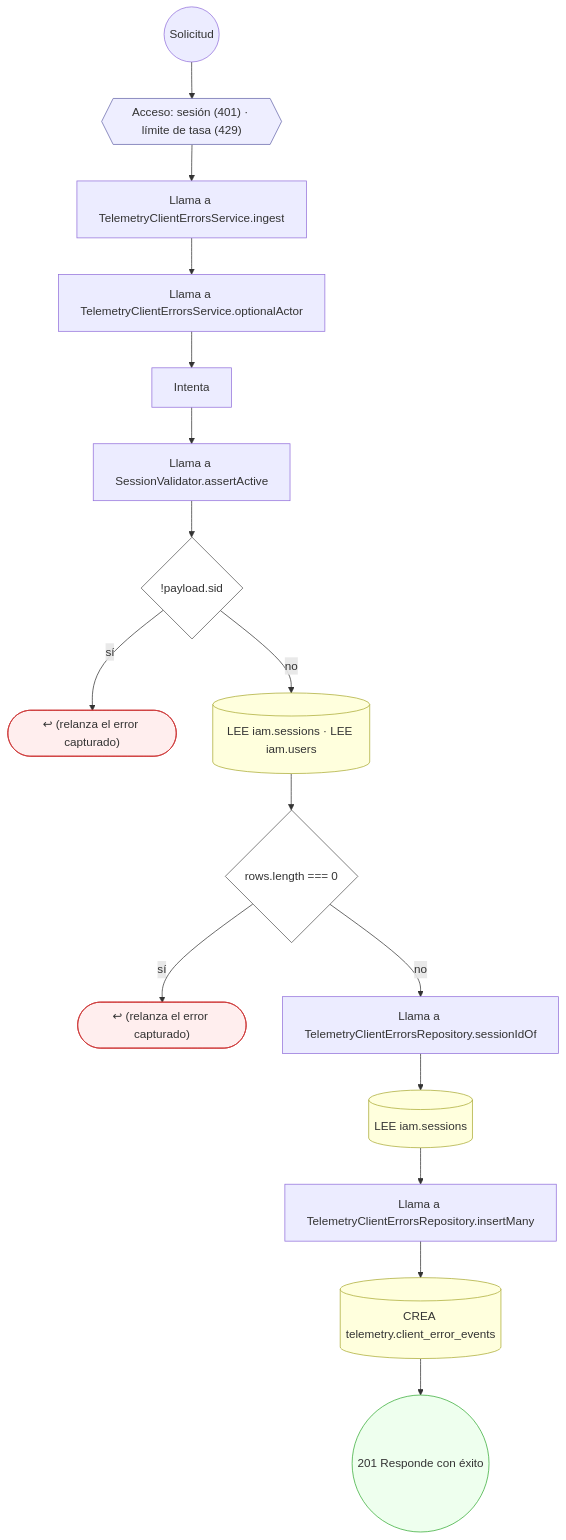
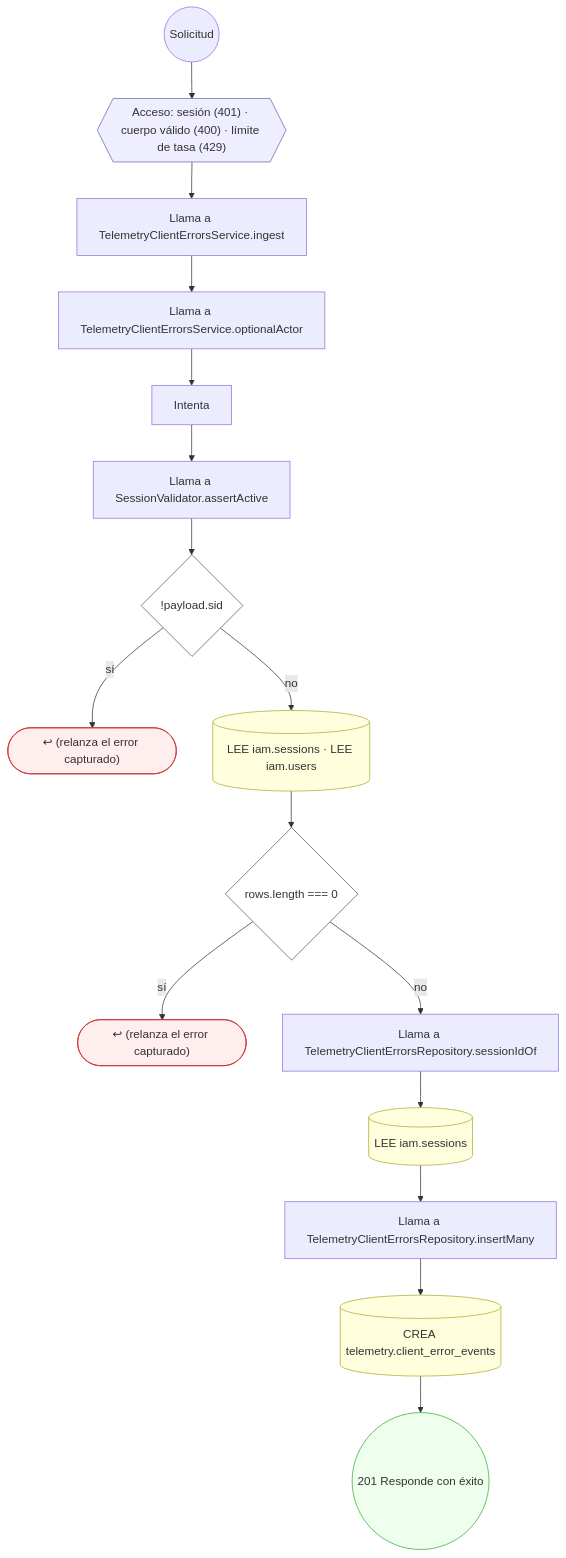
One commit to mdavila-2001/mantra-core-health-api changed diagram 15 of 26 in docs/inventario/flujos/telemetry.md. Above: the diagram before and after it, drawn with Mermaid. The commit also changed other lines of this file and 118 other files, not shown here.

````diff
--- a/docs/inventario/flujos/telemetry.md
+++ b/docs/inventario/flujos/telemetry.md
@@ -1129,40 +1130,40 @@
 ```mermaid
 flowchart TD
   n1(("Solicitud")):::inicio
-  n2{{"Acceso: sesión (401) · límite de tasa (429)"}}:::acceso
+  n2{{"Acceso: sesión (401) · cuerpo válido (400) · límite de tasa (429)"}}:::acceso
   n1 --> n2
   n3["Llama a TelemetryClientErrorsService.ingest"]:::llamada
   n2 --> n3
   n4["Llama a TelemetryClientErrorsService.optionalActor"]:::llamada
   n3 --> n4
   n5["Intenta"]:::intento
   n4 --> n5
   n6["Llama a SessionValidator.assertActive"]:::llamada
   n5 --> n6
   n7{"!payload.sid"}:::decision
   n6 --> n7
   n8(["↩ (relanza el error capturado)"]):::error
   n7 -->|"sí"| n8
   n9[("LEE iam.sessions · LEE iam.users")]:::efecto
   n7 -->|"no"| n9
   n10{"rows.length === 0"}:::decision
   n9 --> n10
   n11(["↩ (relanza el error capturado)"]):::error
   n10 -->|"sí"| n11
   n12["Llama a TelemetryClientErrorsRepository.sessionIdOf"]:::llamada
   n10 -->|"no"| n12
   n13[("LEE iam.sessions")]:::efecto
   n12 --> n13
   n14["Llama a TelemetryClientErrorsRepository.insertMany"]:::llamada
   n13 --> n14
   n15[("CREA telemetry.client_error_events")]:::efecto
   n14 --> n15
   n16(("201 Responde con éxito")):::ok
   n15 --> n16
   classDef acceso fill:#eef,stroke:#66a
   classDef error fill:#fee,stroke:#c33
   classDef ok fill:#efe,stroke:#3a3
   classDef efecto fill:#ffd,stroke:#aa3
   classDef decision fill:#fff,stroke:#555
   classDef corte fill:#eee,stroke:#999,stroke-dasharray: 4
 ```
````
